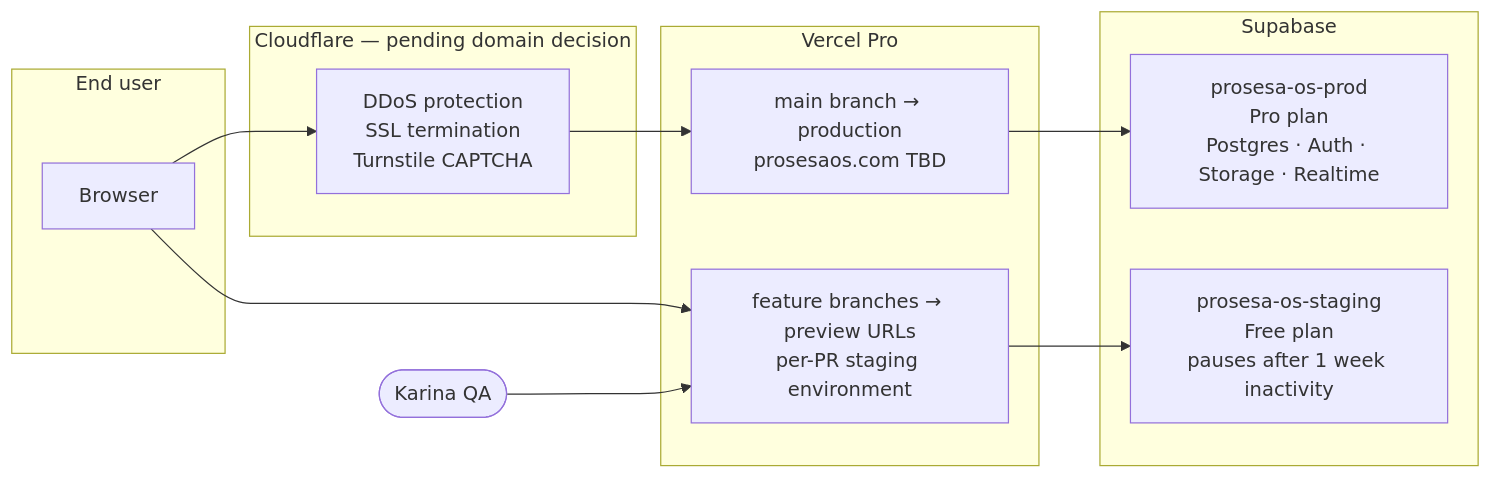
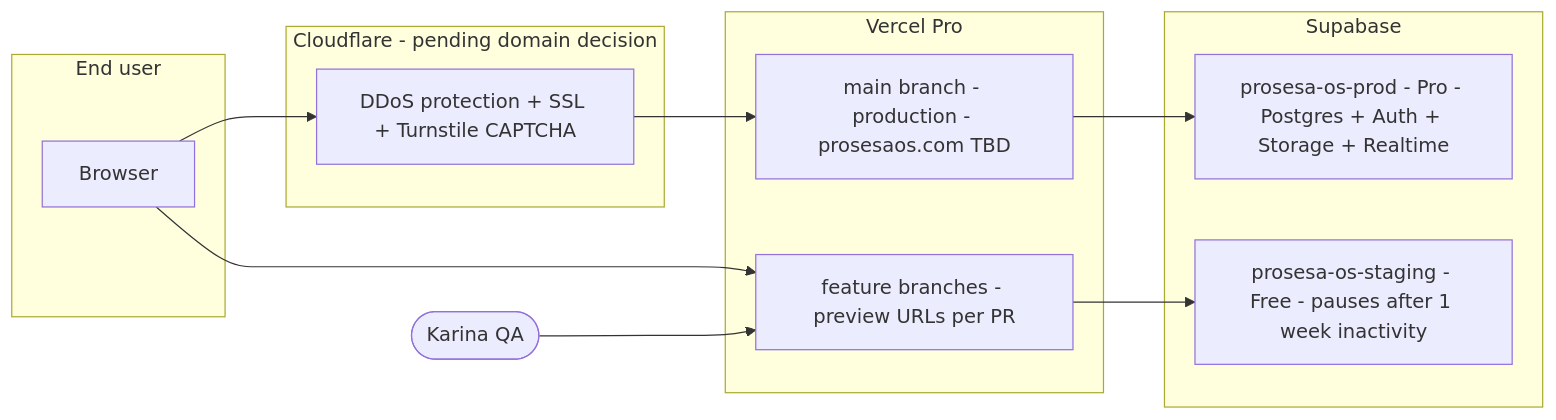
The fourth of 5 diagrams in docs/architecture.md (pedro412/prosesa-os), drawn with Mermaid before and after one commit. The commit also changed other lines of this file, not shown here.

Commit message:
fix architecture diagram

````diff
--- a/docs/architecture.md
+++ b/docs/architecture.md
@@ -109,26 +105,26 @@
 ```mermaid
 graph LR
     subgraph client["End user"]
         browser["Browser"]
     end
 
-    subgraph cf["Cloudflare — pending domain decision"]
-        cloudflare["DDoS protection\nSSL termination\nTurnstile CAPTCHA"]
+    subgraph cf["Cloudflare - pending domain decision"]
+        cloudflare["DDoS protection + SSL + Turnstile CAPTCHA"]
     end
 
     subgraph vercel["Vercel Pro"]
-        vprod["main branch → production\nprosesaos.com TBD"]
-        vpreview["feature branches → preview URLs\nper-PR staging environment"]
+        vprod["main branch - production - prosesaos.com TBD"]
+        vpreview["feature branches - preview URLs per PR"]
     end
 
     subgraph supabase["Supabase"]
-        sbprod["prosesa-os-prod\nPro plan\nPostgres · Auth · Storage · Realtime"]
-        sbstg["prosesa-os-staging\nFree plan\npauses after 1 week inactivity"]
+        sbprod["prosesa-os-prod - Pro - Postgres + Auth + Storage + Realtime"]
+        sbstg["prosesa-os-staging - Free - pauses after 1 week inactivity"]
     end
 
     karina(["Karina QA"])
 
     browser --> cloudflare --> vprod --> sbprod
     browser --> vpreview --> sbstg
     karina --> vpreview
 ```
````
